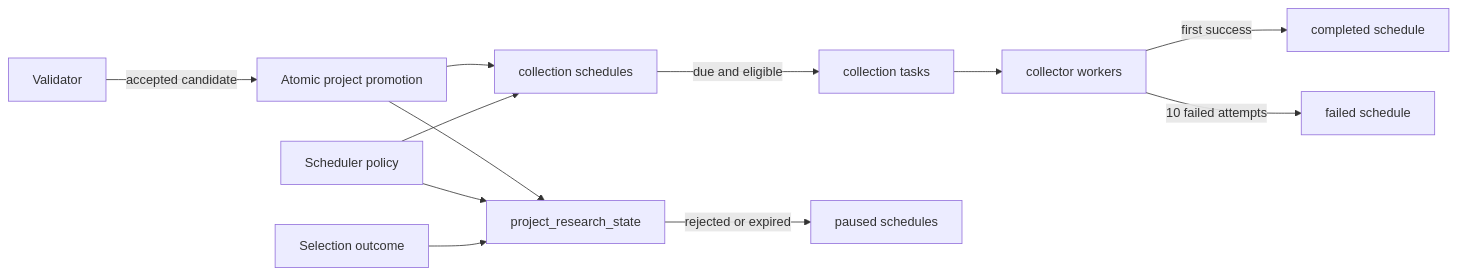
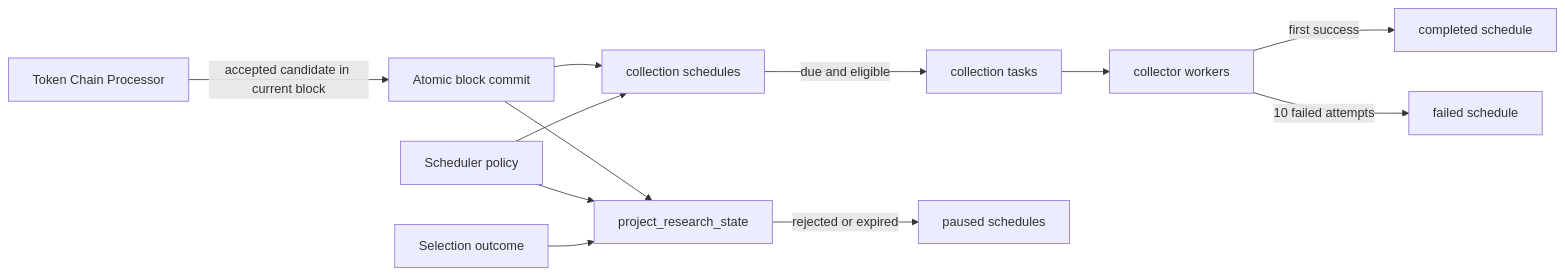
Before and after one commit to useryege/athena-o: the diagram in docs/design/token-intelligence/research-lifecycle.md, drawn with Mermaid. The commit also changed other lines of this file and 43 other files, not shown here.

````diff
--- a/docs/design/token-intelligence/research-lifecycle.md
+++ b/docs/design/token-intelligence/research-lifecycle.md
@@ -29,14 +29,14 @@
 ```mermaid
 flowchart LR
-    V["Validator"] -->|"accepted candidate"| P["Atomic project promotion"]
+    V["Token Chain Processor"] -->|"accepted candidate in current block"| P["Atomic block commit"]
     P --> R["project_research_state"]
     P --> S["collection schedules"]
     C["Scheduler policy"] --> R
     C --> S
     S -->|"due and eligible"| T["collection tasks"]
     T --> W["collector workers"]
     W -->|"first success"| D["completed schedule"]
     W -->|"10 failed attempts"| F["failed schedule"]
     E["Selection outcome"] --> R
     R -->|"rejected or expired"| X["paused schedules"]
 ```
````
